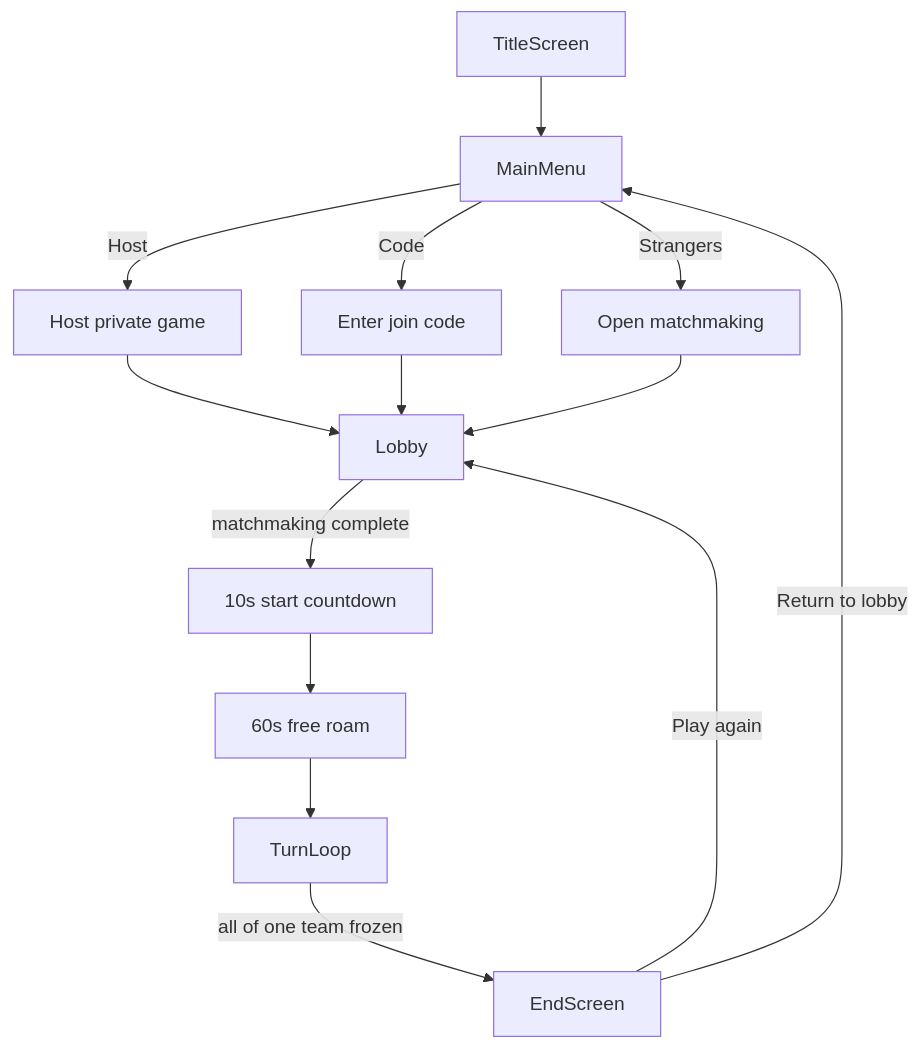
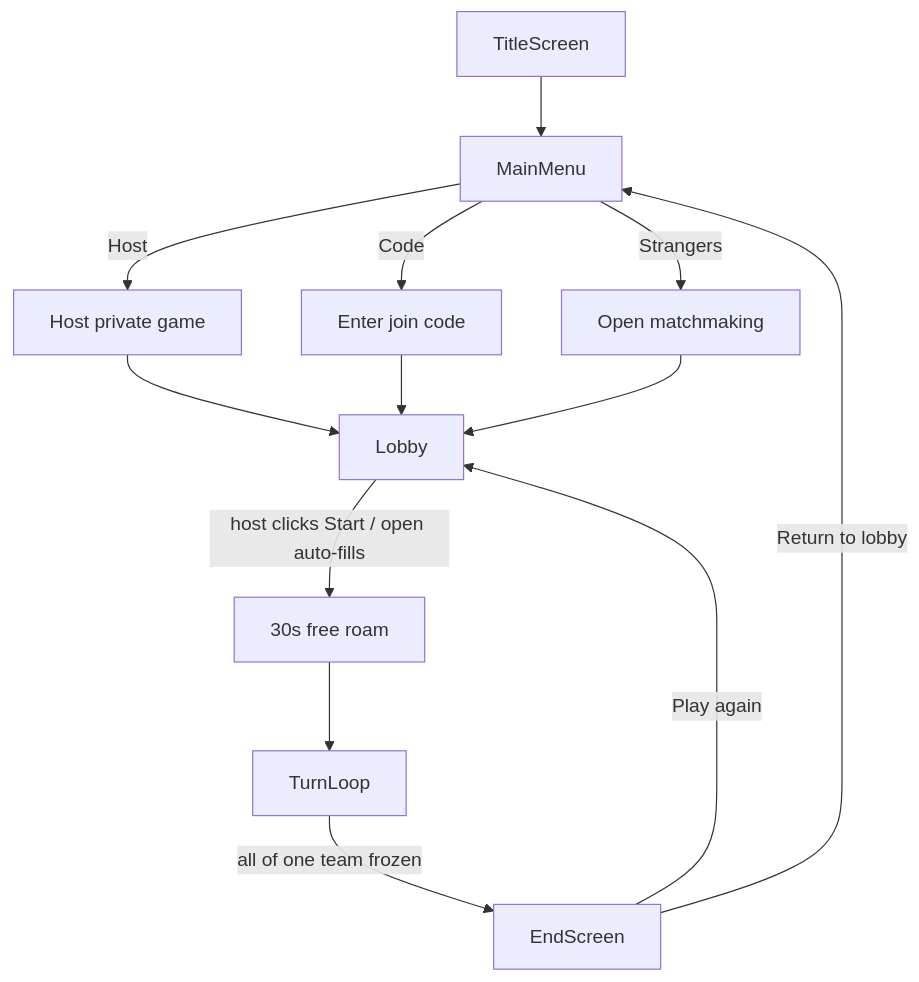
Before and after one commit to sean-reid/clowns-and-mimes: the first of 9 diagrams in docs/ARCHITECTURE.md, drawn with Mermaid. The commit also changed other lines of this file and 9 other files, not shown here.

````diff
--- a/docs/ARCHITECTURE.md
+++ b/docs/ARCHITECTURE.md
@@ -94,16 +94,15 @@
 ```mermaid
 flowchart TB
   TitleScreen --> MainMenu
   MainMenu -->|Host| HostFlow[Host private game]
   MainMenu -->|Code| CodeFlow[Enter join code]
   MainMenu -->|Strangers| StrangerFlow[Open matchmaking]
   HostFlow --> Lobby
   CodeFlow --> Lobby
   StrangerFlow --> Lobby
-  Lobby -->|matchmaking complete| StartCountdown[10s start countdown]
-  StartCountdown --> Freeroam[60s free roam]
+  Lobby -->|host clicks Start / open auto-fills| Freeroam[30s free roam]
   Freeroam --> TurnLoop
   TurnLoop -->|all of one team frozen| EndScreen
   EndScreen -->|Play again| Lobby
   EndScreen -->|Return to lobby| MainMenu
 ```
````
